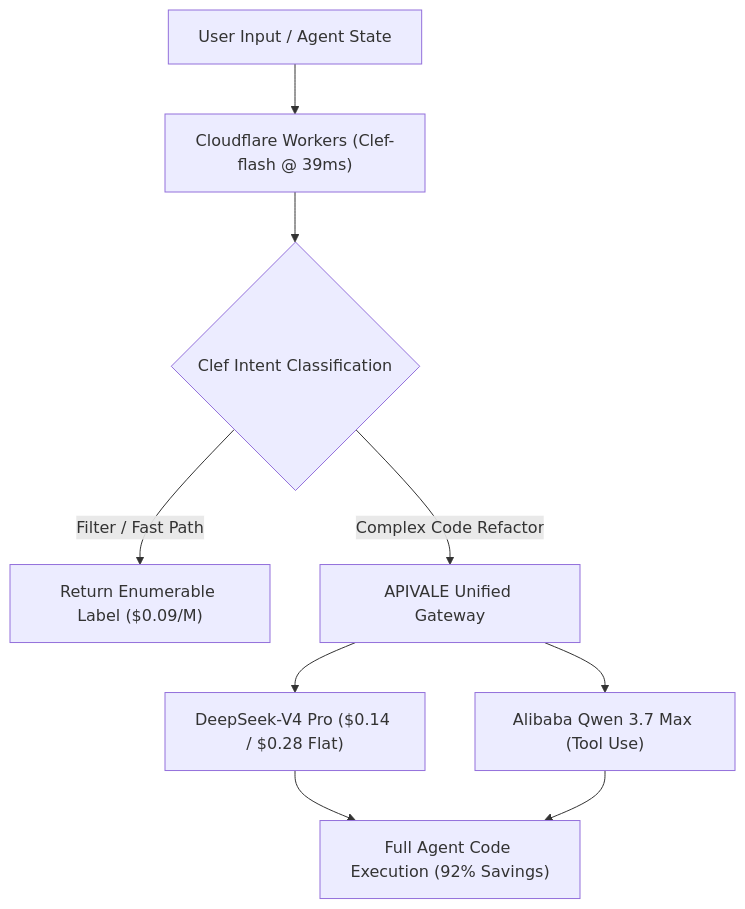
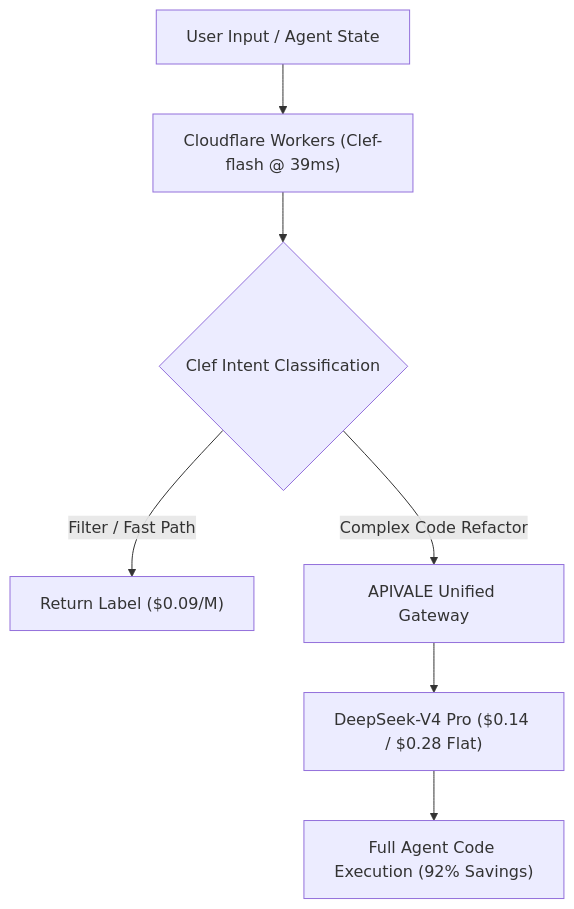
One commit to bshx2024/apivel_blog changed the diagram in src/content/blog/cloudflare-clef-vs-jev-pricing-agent-guide.md. Above: the diagram before and after it, drawn with Mermaid. The commit also changed other lines of this file and 1 other file, not shown here.

````diff
--- a/src/content/blog/cloudflare-clef-vs-jev-pricing-agent-guide.md
+++ b/src/content/blog/cloudflare-clef-vs-jev-pricing-agent-guide.md
@@ -63,11 +61,9 @@
 ```mermaid
 graph TD
     Client["User Input / Agent State"] --> Edge["Cloudflare Workers (Clef-flash @ 39ms)"]
     Edge --> Check{"Clef Intent Classification"}
-    Check -->|"Filter / Fast Path"| CachedResponse["Return Enumerable Label ($0.09/M)"]
+    Check -->|"Filter / Fast Path"| CachedResponse["Return Label ($0.09/M)"]
     Check -->|"Complex Code Refactor"| APIVALERouter["APIVALE Unified Gateway"]
     APIVALERouter --> DeepSeek["DeepSeek-V4 Pro ($0.14 / $0.28 Flat)"]
-    APIVALERouter --> Qwen["Alibaba Qwen 3.7 Max (Tool Use)"]
     DeepSeek --> Execution["Full Agent Code Execution (92% Savings)"]
-    Qwen --> Execution
 ```
````
